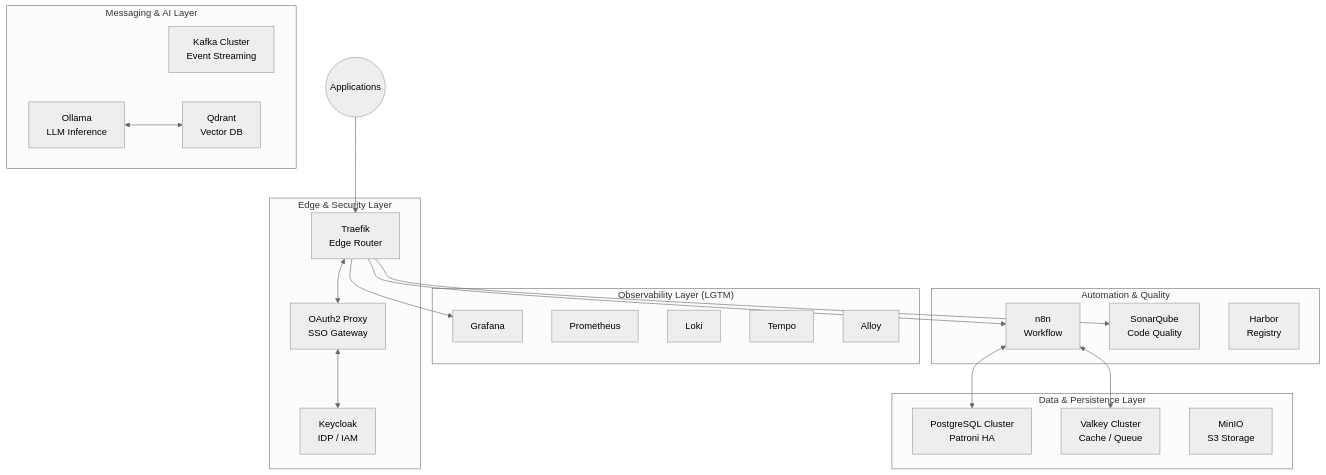
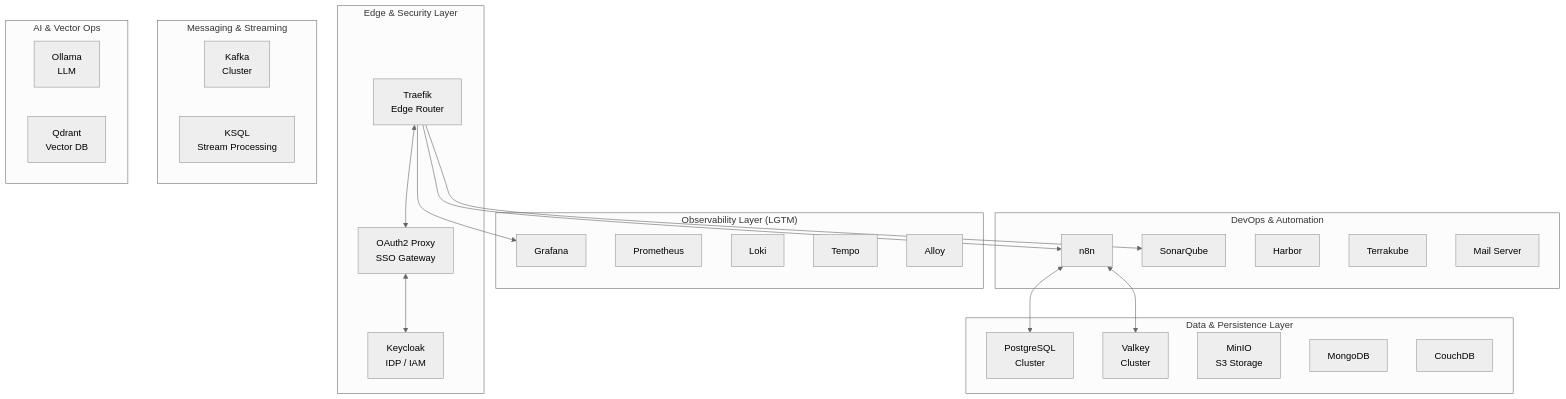
Before and after one commit to buenhyden/hy-home.docker: the diagram in Infra/README.md, drawn with Mermaid (neutral theme). The commit also changed other lines of this file and 8 other files, not shown here.

````diff
--- a/Infra/README.md
+++ b/Infra/README.md
@@ -7,45 +7,50 @@
 ```mermaid
 graph TB
     subgraph "Edge & Security Layer"
         T[Traefik<br/>Edge Router]
         O[OAuth2 Proxy<br/>SSO Gateway]
         K[Keycloak<br/>IDP / IAM]
     end
 
     subgraph "Data & Persistence Layer"
-        PG[PostgreSQL Cluster<br/>Patroni HA]
-        VK[Valkey Cluster<br/>Cache / Queue]
+        PG[PostgreSQL<br/>Cluster]
+        VK[Valkey<br/>Cluster]
         MN[MinIO<br/>S3 Storage]
+        MNG[MongoDB]
+        CB[CouchDB]
     end
 
-    subgraph "Messaging & AI Layer"
-        KF[Kafka Cluster<br/>Event Streaming]
-        OL[Ollama<br/>LLM Inference]
+    subgraph "Messaging & Streaming"
+        KF[Kafka<br/>Cluster]
+        KSQL[KSQL<br/>Stream Processing]
+    end
+
+    subgraph "AI & Vector Ops"
+        OL[Ollama<br/>LLM]
         QD[Qdrant<br/>Vector DB]
     end
 
     subgraph "Observability Layer (LGTM)"
         G[Grafana]
         P[Prometheus]
         L[Loki]
         TM[Tempo]
         AL[Alloy]
     end
 
-    subgraph "Automation & Quality"
-        N8[n8n<br/>Workflow]
-        SQ[SonarQube<br/>Code Quality]
-        HB[Harbor<br/>Registry]
+    subgraph "DevOps & Automation"
+        N8[n8n]
+        SQ[SonarQube]
+        HB[Harbor]
+        TK[Terrakube]
+        MAIL[Mail Server]
     end
 
     T <--> O <--> K
     T --> G
     T --> N8
     T --> SQ
     
     N8 <--> PG
     N8 <--> VK
-    
-    OL <--> QD
-    App((Applications)) --> T
 ```
````
